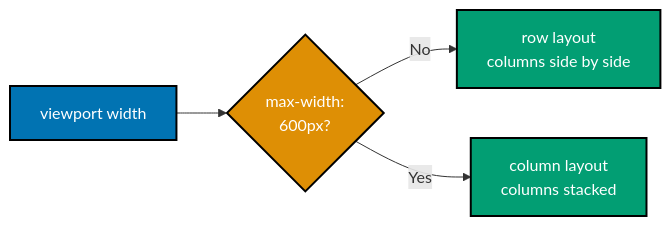
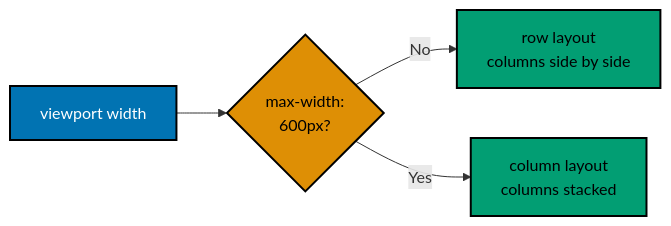
The fifth of 14 diagrams in apps/ayokoding-www/content/en/learn/courses/frontend-essentials/learning/intermediate.md (wahidyankf/ose-public), drawn with Mermaid before and after one commit. The commit also changed other lines of this file and 144 other files, not shown here.

First line of the commit message:
fix(mermaid): bring the first half of the courses diagrams onto the accessible palette

````diff
--- a/apps/ayokoding-www/content/en/learn/courses/frontend-essentials/learning/intermediate.md
+++ b/apps/ayokoding-www/content/en/learn/courses/frontend-essentials/learning/intermediate.md
@@ -369,11 +381,14 @@
 ```mermaid
 %% Color Palette: Blue #0173B2, Orange #DE8F05, Teal #029E73
 flowchart LR
+    accTitle: Example 33: Responsive Breakpoint
+    accDescr: Flowchart with 4 nodes and 3 connections. Nodes: viewport width, max-width: 600px?, row layout columns side by side, column layout columns stacked. Connections: viewport width to max-width: 600px?, max-width: 600px? to row layout columns side by side (No), max-width: 600px? to column layout columns stacked (Yes).
     A["viewport width"]:::blue --> B{"max-width:<br/>600px?"}:::orange
     B -->|No| C["row layout<br/>columns side by side"]:::teal
     B -->|Yes| D["column layout<br/>columns stacked"]:::teal
 
     classDef blue fill:#0173B2,stroke:#000000,color:#FFFFFF,stroke-width:2px
-    classDef orange fill:#DE8F05,stroke:#000000,color:#FFFFFF,stroke-width:2px
-    classDef teal fill:#029E73,stroke:#000000,color:#FFFFFF,stroke-width:2px
+    classDef orange fill:#DE8F05,stroke:#000000,color:#000000,stroke-width:2px
+    classDef teal fill:#029E73,stroke:#000000,color:#000000,stroke-width:2px
+    classDef default fill:#FFFFFF,stroke:#000000,color:#000000
 ```
````
